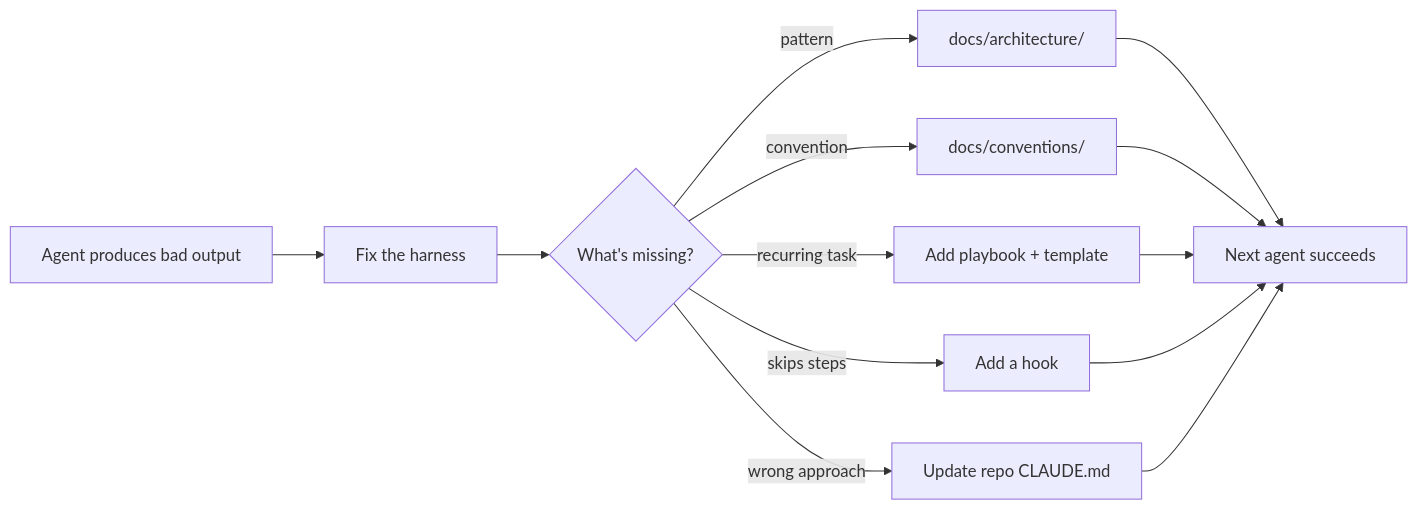
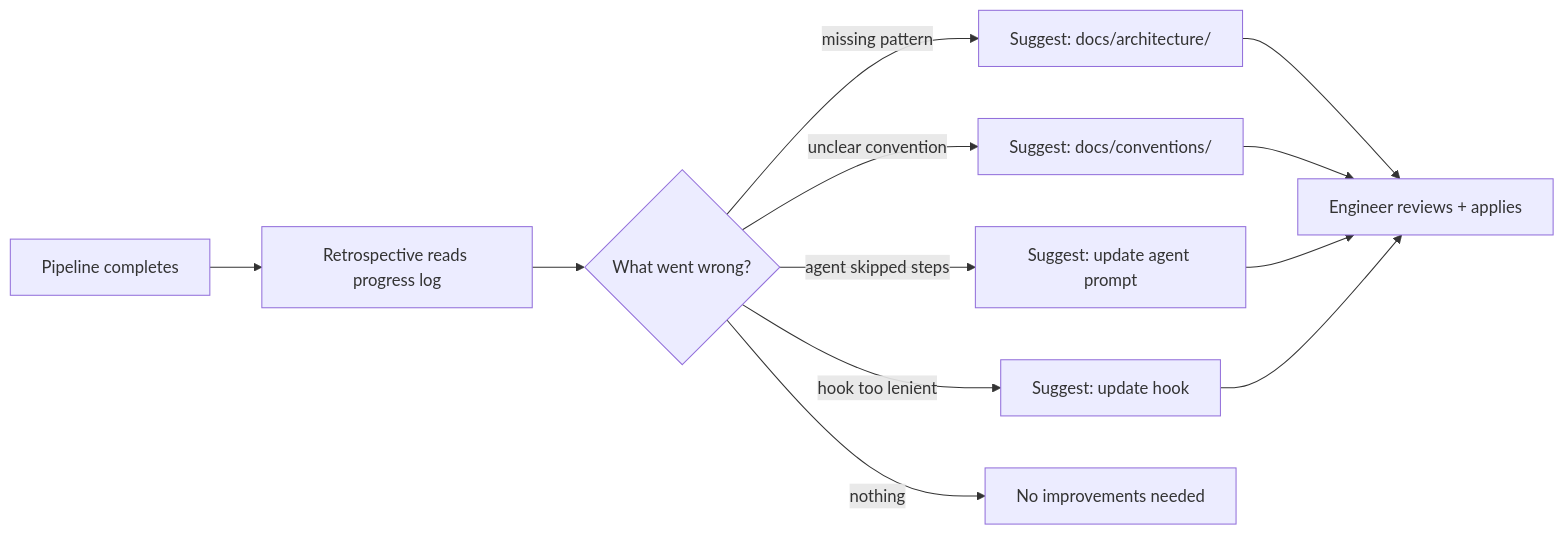
Before and after one commit to sixty4bit/case: the second of 2 diagrams in README.md, drawn with Mermaid. The commit also changed other lines of this file, not shown here.

First line of the commit message:
docs: update README for v0.8.0 five-agent pipeline

````diff
--- a/README.md
+++ b/README.md
@@ -47,15 +58,14 @@
 ```mermaid
 graph LR
-    A["Agent produces bad output"] --> B["Fix the harness"]
-    B --> C{"What's missing?"}
-    C -->|pattern| D["docs/architecture/"]
-    C -->|convention| E["docs/conventions/"]
-    C -->|recurring task| F["Add playbook + template"]
-    C -->|skips steps| G["Add a hook"]
-    C -->|wrong approach| H["Update repo CLAUDE.md"]
-    D --> I["Next agent succeeds"]
+    A["Pipeline completes"] --> B["Retrospective reads progress log"]
+    B --> C{"What went wrong?"}
+    C -->|missing pattern| D["Suggest: docs/architecture/"]
+    C -->|unclear convention| E["Suggest: docs/conventions/"]
+    C -->|agent skipped steps| F["Suggest: update agent prompt"]
+    C -->|hook too lenient| G["Suggest: update hook"]
+    C -->|nothing| H["No improvements needed"]
+    D --> I["Engineer reviews + applies"]
     E --> I
     F --> I
     G --> I
-    H --> I
 ```
````
